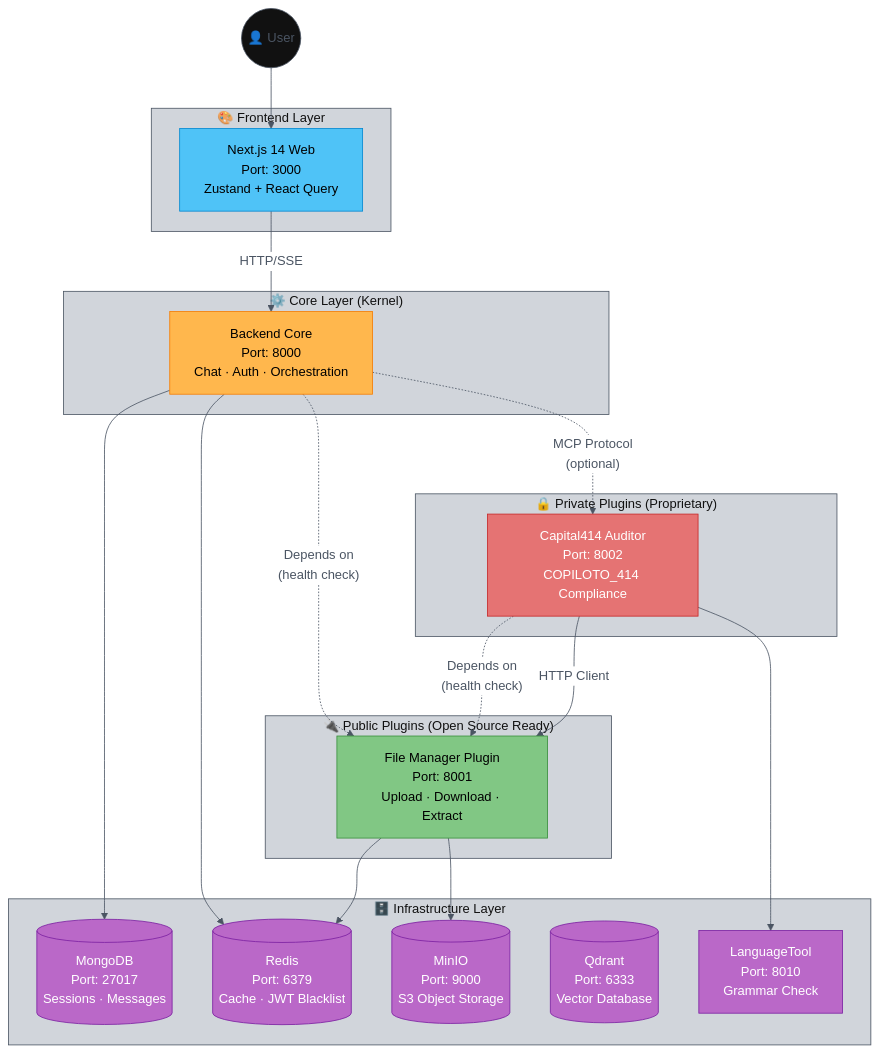
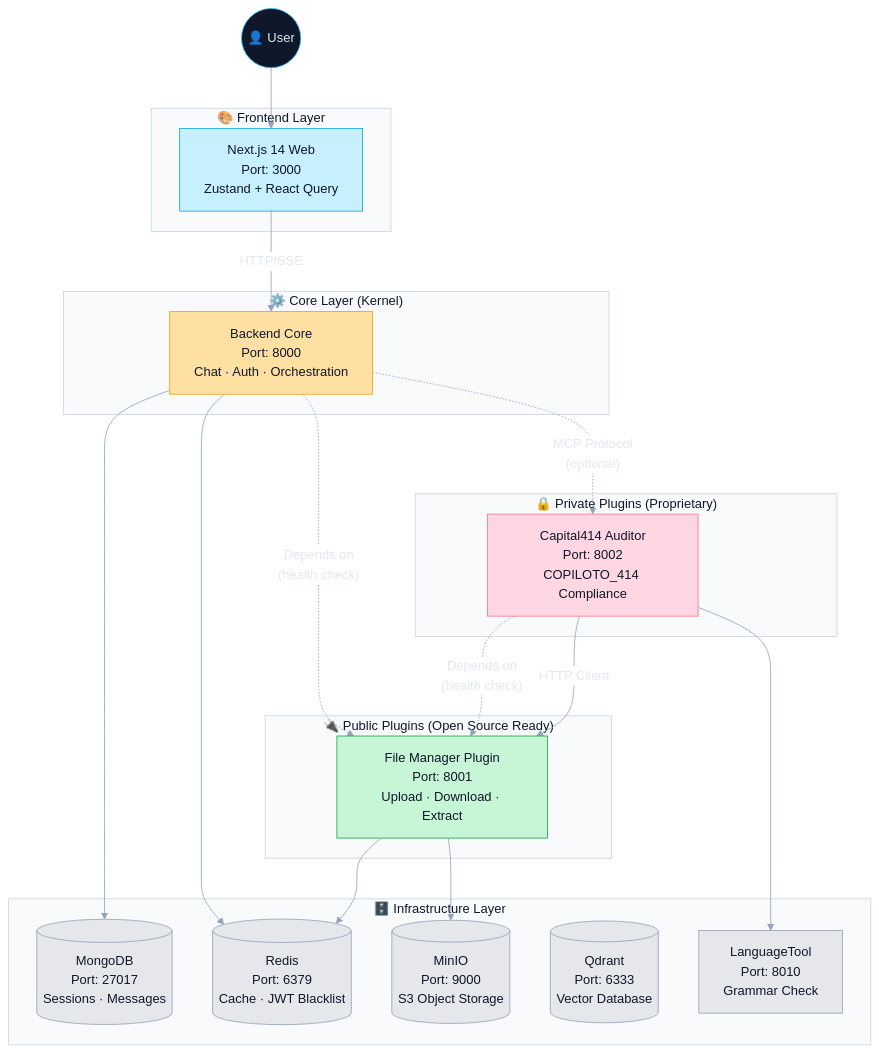
The first of 11 diagrams in README.md (saptiva-ai/octavios-chat), drawn with Mermaid before and after one commit. The commit also changed other lines of this file, not shown here.

Commit message:
docs: compact README and refresh diagrams

````diff
--- a/README.md
+++ b/README.md
@@ -88,60 +84,60 @@
 ```mermaid
-%%{init: {'theme': 'base', 'themeVariables': {'primaryColor': '#111111','primaryBorderColor': '#4b5563','primaryTextColor': '#4b5563','lineColor': '#4b5563','secondaryColor': '#ffffff','secondaryBorderColor': '#4b5563','secondaryTextColor': '#111111','tertiaryColor': '#d1d5db','tertiaryBorderColor': '#4b5563','tertiaryTextColor': '#111111'}}}%%
+%%{init: {'theme': 'base', 'themeVariables': {'primaryColor': '#0f172a','primaryBorderColor': '#38bdf8','primaryTextColor': '#e2e8f0','lineColor': '#94a3b8','secondaryColor': '#ffffff','secondaryBorderColor': '#cbd5e1','secondaryTextColor': '#0f172a','tertiaryColor': '#f8fafc','tertiaryBorderColor': '#cbd5e1','tertiaryTextColor': '#0f172a'}}}%%
 flowchart TB
     subgraph Frontend["🎨 Frontend Layer"]
         web["Next.js 14 Web<br/>Port: 3000<br/>Zustand + React Query"]:::frontend
     end
 
     subgraph Core["⚙️ Core Layer (Kernel)"]
         backend["Backend Core<br/>Port: 8000<br/>Chat · Auth · Orchestration"]:::core
     end
 
     subgraph PublicPlugins["🔌 Public Plugins (Open Source Ready)"]
         filemanager["File Manager Plugin<br/>Port: 8001<br/>Upload · Download · Extract"]:::plugin_public
     end
 
     subgraph PrivatePlugins["🔒 Private Plugins (Proprietary)"]
         capital414["Capital414 Auditor<br/>Port: 8002<br/>COPILOTO_414 Compliance"]:::plugin_private
     end
 
     subgraph Infrastructure["🗄️ Infrastructure Layer"]
         mongo[("MongoDB<br/>Port: 27017<br/>Sessions · Messages")]:::infra
         redis[("Redis<br/>Port: 6379<br/>Cache · JWT Blacklist")]:::infra
         minio[("MinIO<br/>Port: 9000<br/>S3 Object Storage")]:::infra
         qdrant[("Qdrant<br/>Port: 6333<br/>Vector Database")]:::infra
         languagetool["LanguageTool<br/>Port: 8010<br/>Grammar Check"]:::infra
     end
 
     %% User to Frontend
     user((👤 User)) --> web
 
     %% Frontend to Core
     web -->|"HTTP/SSE"| backend
 
     %% Core depends on Public Plugins
     backend -.->|"Depends on<br/>(health check)"| filemanager
 
     %% Private Plugins depend on Public Plugins
     capital414 -.->|"Depends on<br/>(health check)"| filemanager
 
     %% Backend to Infrastructure
     backend --> mongo
     backend --> redis
 
     %% File Manager to Infrastructure
     filemanager --> minio
     filemanager --> redis
 
     %% Capital414 to Infrastructure
     capital414 --> languagetool
     capital414 -->|"HTTP Client"| filemanager
 
     %% Core to Private Plugins (optional MCP integration)
     backend -.->|"MCP Protocol<br/>(optional)"| capital414
 
-    classDef frontend fill:#4fc3f7,stroke:#0288d1,color:#000000
-    classDef core fill:#ffb74d,stroke:#f57c00,color:#000000
-    classDef plugin_public fill:#81c784,stroke:#388e3c,color:#000000
-    classDef plugin_private fill:#e57373,stroke:#c62828,color:#ffffff
-    classDef infra fill:#ba68c8,stroke:#7b1fa2,color:#ffffff
+    classDef frontend fill:#c7f0ff,stroke:#0ea5e9,color:#0f172a
+    classDef core fill:#ffe0a3,stroke:#f59e0b,color:#0f172a
+    classDef plugin_public fill:#c6f6d5,stroke:#16a34a,color:#0f172a
+    classDef plugin_private fill:#fed7e2,stroke:#fb7185,color:#0f172a
+    classDef infra fill:#e5e7eb,stroke:#94a3b8,color:#0f172a
 ```
````
